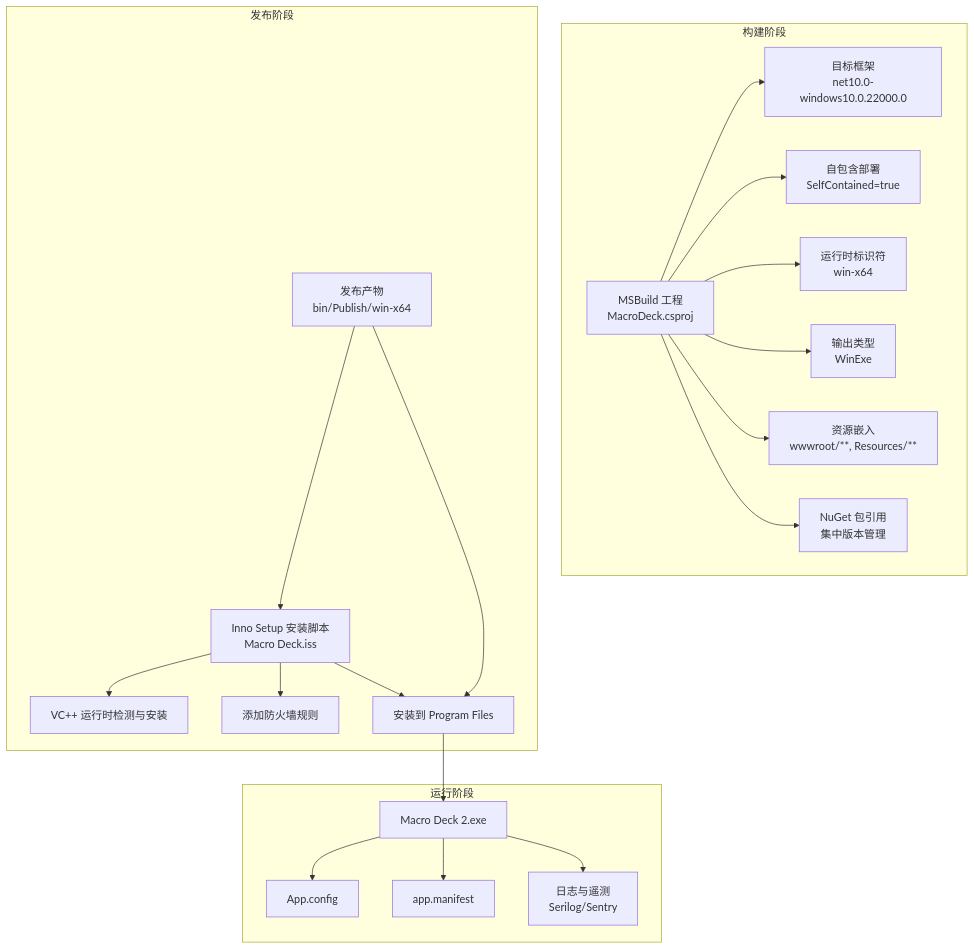
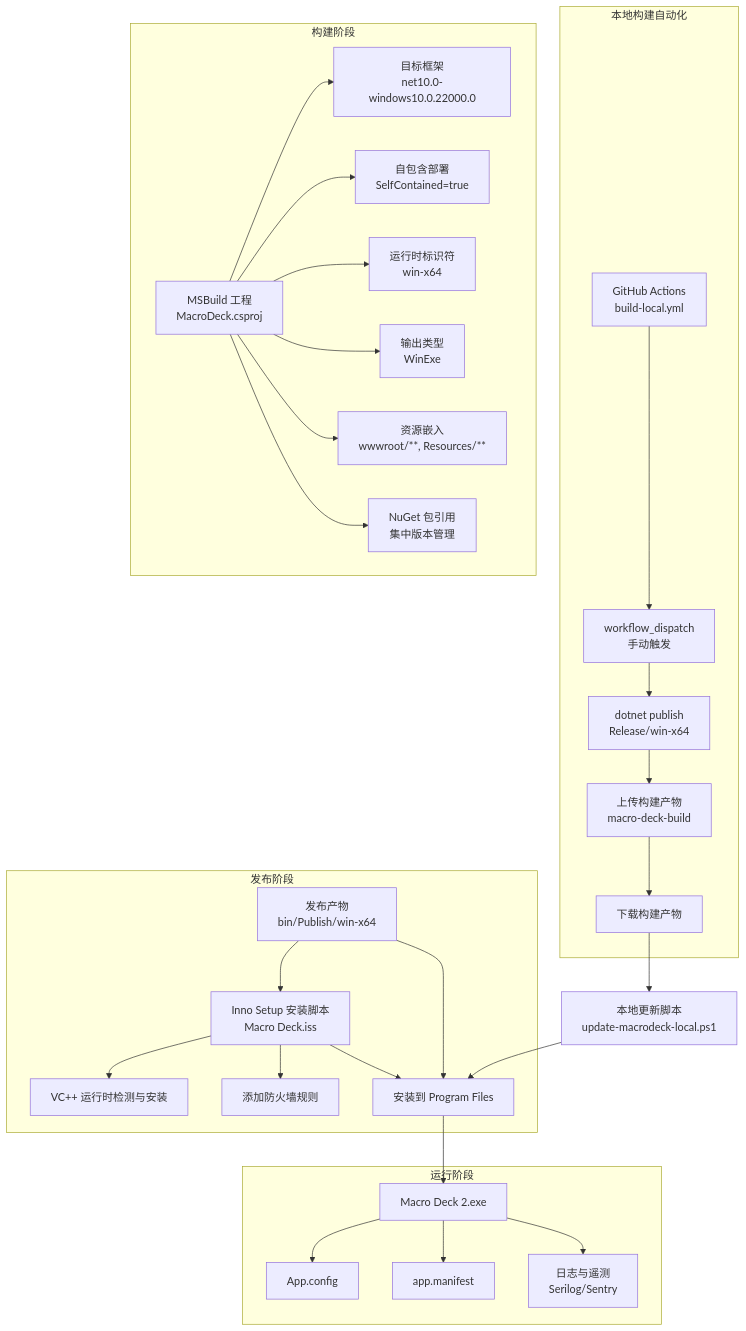
The second of 7 diagrams in .qoder/repowiki/zh/content/开发者指南/构建和部署.md (tea4go/Macro-Deck), drawn with Mermaid before and after one commit. The commit also changed other lines of this file and 17 other files, not shown here.

````diff
--- a/.qoder/repowiki/zh/content/开发者指南/构建和部署.md
+++ b/.qoder/repowiki/zh/content/开发者指南/构建和部署.md
@@ -89,24 +111,32 @@
 ```mermaid
 graph TB
+subgraph "本地构建自动化"
+GH["GitHub Actions<br/>build-local.yml"] --> TRIGGER["workflow_dispatch<br/>手动触发"]
+TRIGGER --> BUILD["dotnet publish<br/>Release/win-x64"]
+BUILD --> ARTIFACT["上传构建产物<br/>macro-deck-build"]
+ARTIFACT --> DOWNLOAD["下载构建产物"]
+end
 subgraph "构建阶段"
 P["MSBuild 工程<br/>MacroDeck.csproj"] --> TF["目标框架<br/>net10.0-windows10.0.22000.0"]
 P --> SC["自包含部署<br/>SelfContained=true"]
 P --> RT["运行时标识符<br/>win-x64"]
 P --> OF["输出类型<br/>WinExe"]
 P --> RES["资源嵌入<br/>wwwroot/**, Resources/**"]
 P --> PKG["NuGet 包引用<br/>集中版本管理"]
 end
 subgraph "发布阶段"
 BIN["发布产物<br/>bin/Publish/win-x64"] --> INS["Inno Setup 安装脚本<br/>Macro Deck.iss"]
 INS --> RUNTIME["VC++ 运行时检测与安装"]
 INS --> FIREWALL["添加防火墙规则"]
 INS --> INSTALL["安装到 Program Files"]
 end
 subgraph "运行阶段"
 APP["Macro Deck 2.exe"] --> CFG["App.config"]
 APP --> MAN["app.manifest"]
 APP --> LOG["日志与遥测<br/>Serilog/Sentry"]
 end
+DOWNLOAD --> LOCALUPDATE["本地更新脚本<br/>update-macrodeck-local.ps1"]
+LOCALUPDATE --> INSTALL
 BIN --> INSTALL
 INSTALL --> APP
 ```
````
